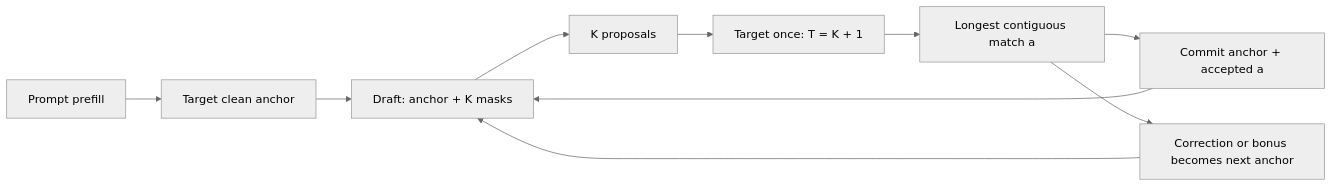
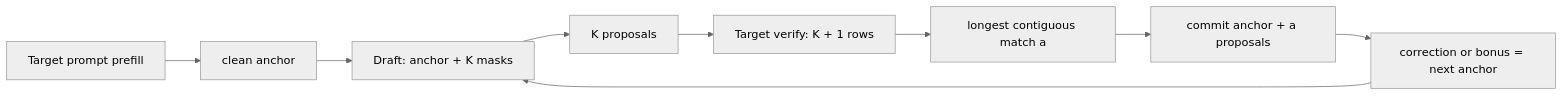
The diagram in README.md (day8reak/qwen3.5-4B-dflash), drawn with Mermaid (neutral theme) before and after one commit. The commit also changed other lines of this file and 6 other files, not shown here.

Commit message:
docs: consolidate quant DFlash architecture and operator roadmap

````diff
--- a/README.md
+++ b/README.md
@@ -23,12 +28,11 @@
-~~~mermaid
+```mermaid
 flowchart LR
-    P[Prompt prefill] --> A[Target clean anchor]
+    P[Target prompt prefill] --> A[clean anchor]
     A --> D[Draft: anchor + K masks]
     D --> Q[K proposals]
-    Q --> V[Target once: T = K + 1]
-    V --> M[Longest contiguous match a]
-    M --> C[Commit anchor + accepted a]
-    M --> N[Correction or bonus becomes next anchor]
-    C --> D
-    N --> D
-~~~
+    Q --> V[Target verify: K + 1 rows]
+    V --> M[longest contiguous match a]
+    M --> C[commit anchor + a proposals]
+    C --> A2[correction or bonus = next anchor]
+    A2 --> D
+```
````
